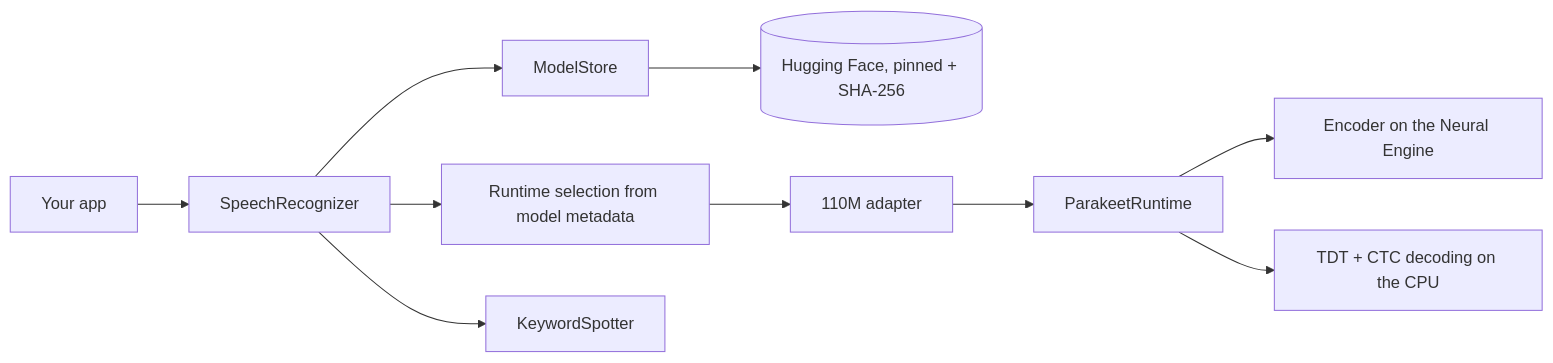
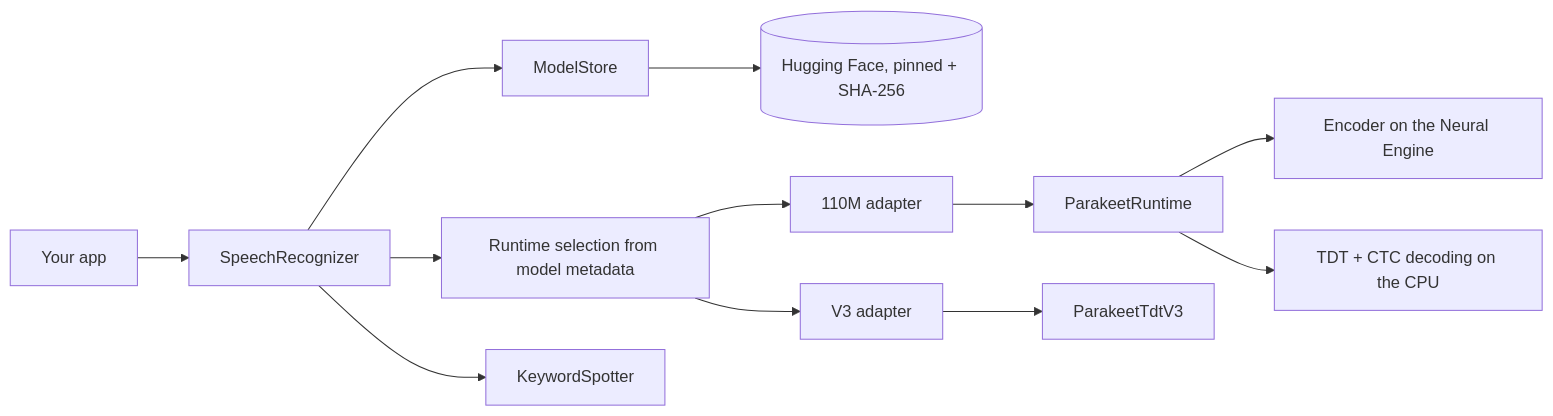
The diagram in README.md (BuilderHelm/BuilderHelmAudio), drawn with Mermaid before and after one commit. The commit also changed other lines of this file and 33 other files, not shown here.

````diff
--- a/README.md
+++ b/README.md
@@ -332,12 +350,14 @@
 ```mermaid
 flowchart LR
     App[Your app] --> Recognizer[SpeechRecognizer]
     Recognizer --> Store[ModelStore]
     Store --> HF[(Hugging Face, pinned + SHA-256)]
     Recognizer --> Factory[Runtime selection from model metadata]
     Factory --> Adapter[110M adapter]
     Adapter --> Runtime[ParakeetRuntime]
+    Factory --> V3[V3 adapter]
+    V3 --> V3Runtime[ParakeetTdtV3]
     Runtime --> ANE[Encoder on the Neural Engine]
     Runtime --> CPU[TDT + CTC decoding on the CPU]
     Recognizer --> Spotter[KeywordSpotter]
 ```
````
